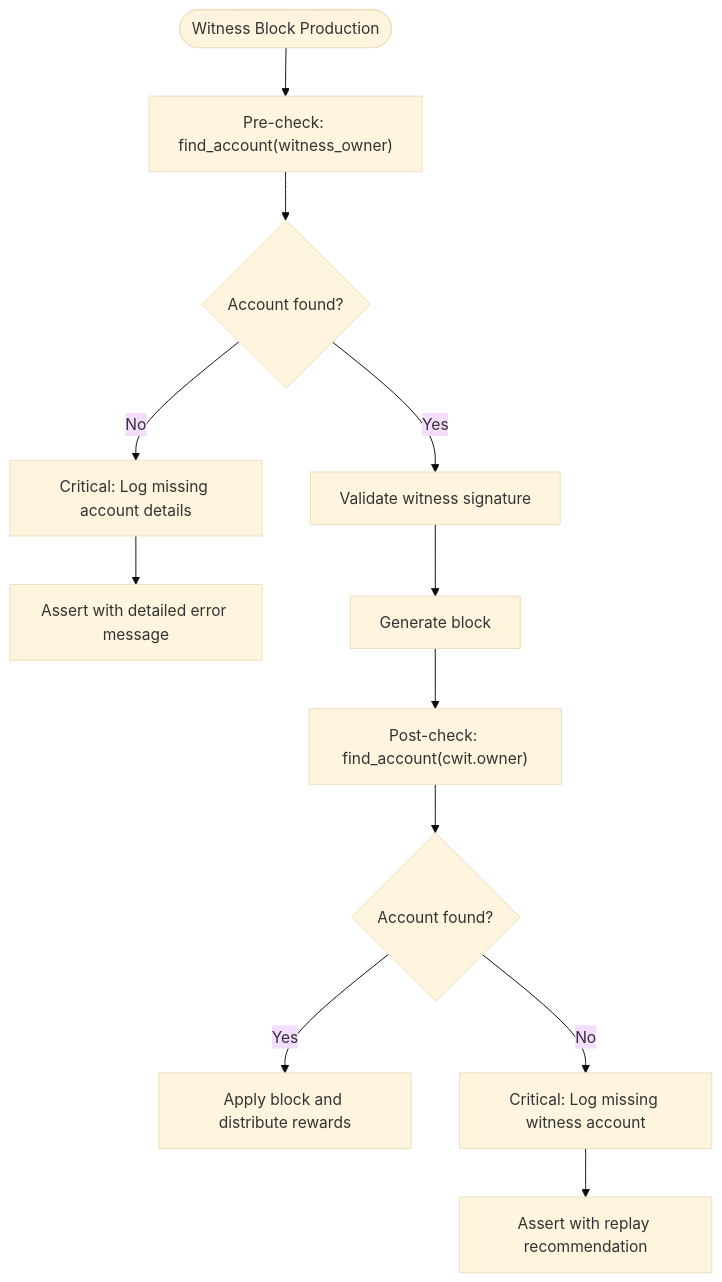
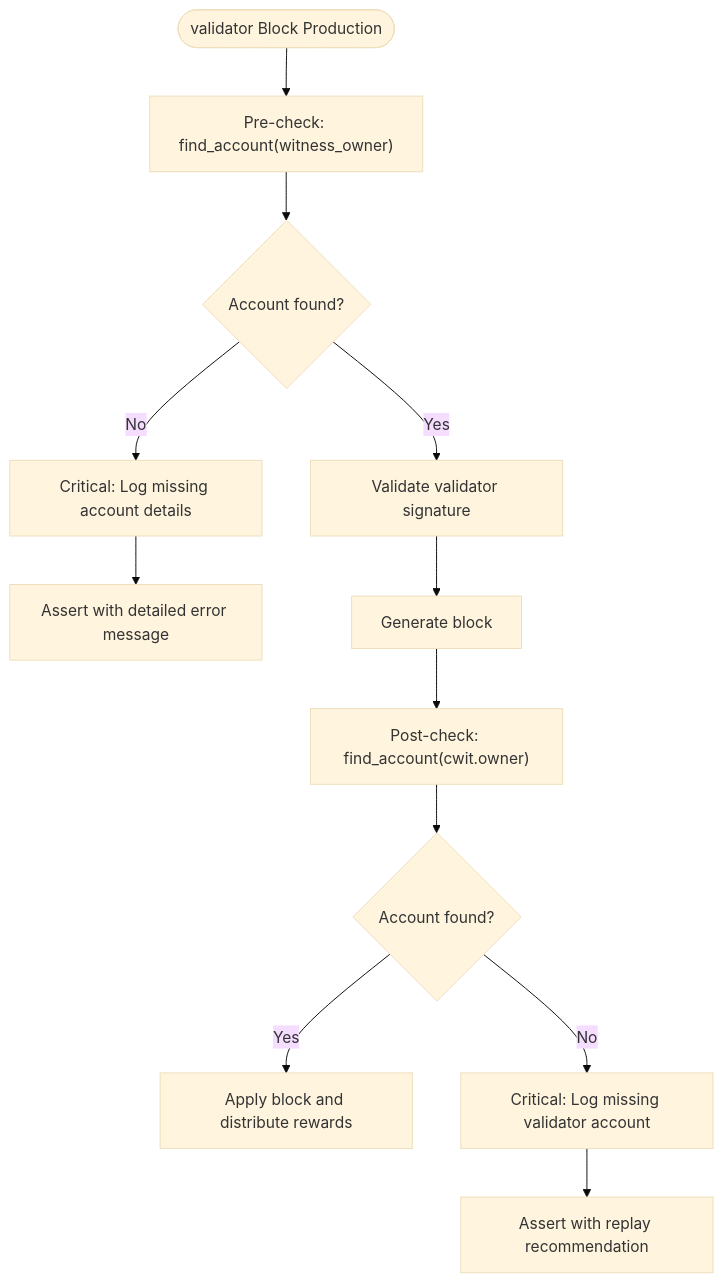
Before and after one commit to VIZ-Blockchain/viz-cpp-node: the sixth of 11 diagrams in .qoder/repowiki/en/content/Architecture Overview/Core Libraries/Chain Library/Block Processing and Validation.md, drawn with Mermaid (base theme). The commit also changed other lines of this file and 88 other files, not shown here.

First line of the commit message:
docs(validator): rename witness to validator throughout documentation

````diff
--- a/.qoder/repowiki/en/content/Architecture Overview/Core Libraries/Chain Library/Block Processing and Validation.md
+++ b/.qoder/repowiki/en/content/Architecture Overview/Core Libraries/Chain Library/Block Processing and Validation.md
@@ -316,14 +316,14 @@
 ```mermaid
 flowchart TD
-WStart(["Witness Block Production"]) --> PreCheck["Pre-check: find_account(witness_owner)"]
+WStart(["validator Block Production"]) --> PreCheck["Pre-check: find_account(witness_owner)"]
 PreCheck --> Found{"Account found?"}
-Found --> |Yes| SigCheck["Validate witness signature"]
+Found --> |Yes| SigCheck["Validate validator signature"]
 Found --> |No| CriticalLog["Critical: Log missing account details"]
 CriticalLog --> Assert["Assert with detailed error message"]
 SigCheck --> GenBlock["Generate block"]
 GenBlock --> PostCheck["Post-check: find_account(cwit.owner)"]
 PostCheck --> PostFound{"Account found?"}
 PostFound --> |Yes| ApplyBlock["Apply block and distribute rewards"]
-PostFound --> |No| CriticalLog2["Critical: Log missing witness account"]
+PostFound --> |No| CriticalLog2["Critical: Log missing validator account"]
 CriticalLog2 --> Assert2["Assert with replay recommendation"]
 ```
````
